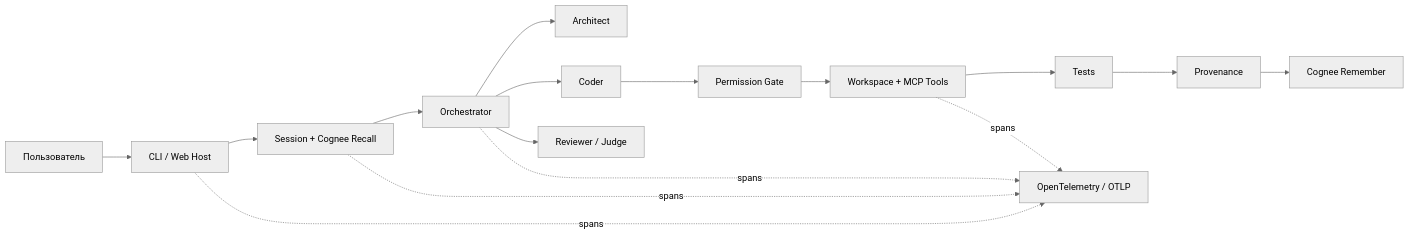
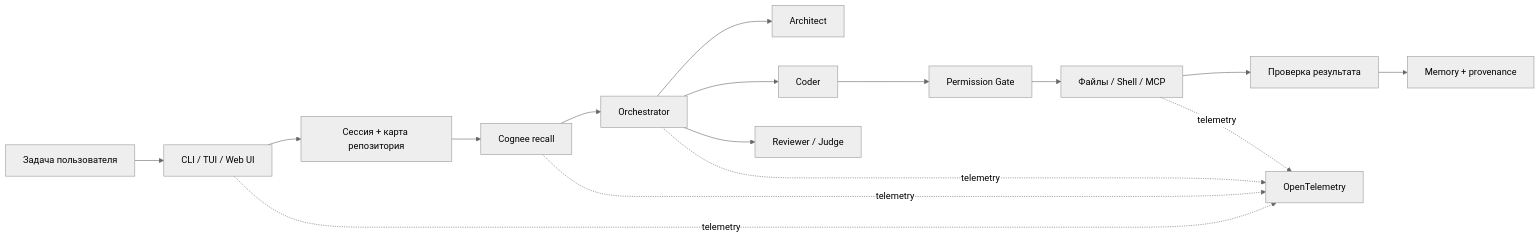
The diagram in README.md (theJorDea/JevioFuseHack), drawn with Mermaid (neutral theme) before and after one commit. The commit also changed other lines of this file, not shown here.

````diff
--- a/README.md
+++ b/README.md
@@ -63,18 +42,18 @@
 ```mermaid
 flowchart LR
-    U[Пользователь] --> H[CLI / Web Host]
-    H --> M[Session + Cognee Recall]
+    U[Задача пользователя] --> H[CLI / TUI / Web UI]
+    H --> X[Сессия + карта репозитория]
+    X --> M[Cognee recall]
     M --> O[Orchestrator]
     O --> A[Architect]
     O --> C[Coder]
     O --> R[Reviewer / Judge]
-    C --> G[Permission Gate]
-    G --> T[Workspace + MCP Tools]
-    T --> V[Tests]
-    V --> P[Provenance]
-    P --> M2[Cognee Remember]
-    H -. spans .-> OT[OpenTelemetry / OTLP]
-    M -. spans .-> OT
-    O -. spans .-> OT
-    T -. spans .-> OT
+    C --> P[Permission Gate]
+    P --> W[Файлы / Shell / MCP]
+    W --> V[Проверка результата]
+    V --> S[Memory + provenance]
+    H -. telemetry .-> T[OpenTelemetry]
+    M -. telemetry .-> T
+    O -. telemetry .-> T
+    W -. telemetry .-> T
 ```
````
